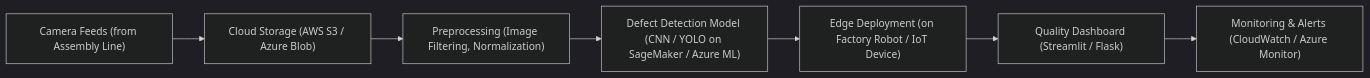
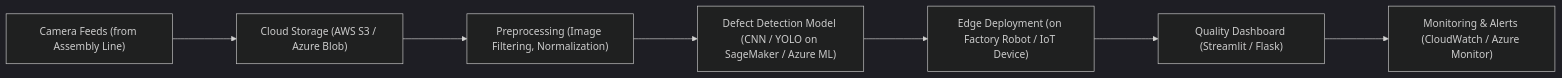
The diagram in Task_4_Assembly_Line_Quality_Control/architecture.mermaid (Aswanthlal/AI_Solution_Designs), drawn with Mermaid (dark theme) before and after one commit.

```diff
--- a/Task_4_Assembly_Line_Quality_Control/architecture.mermaid
+++ b/Task_4_Assembly_Line_Quality_Control/architecture.mermaid
@@ -1,7 +1,7 @@
 graph LR
-    A["Camera Feeds (from Assembly Line)"] --> B["Cloud Storage (AWS S3 / Azure Blob)"]
-    B --> C["Preprocessing (Image Filtering, Normalization)"]
-    C --> D["Defect Detection Model (CNN / YOLO on SageMaker / Azure ML)"]
-    D --> E["Edge Deployment (on Factory Robot / IoT Device)"]
-    E --> F["Quality Dashboard (Streamlit / Flask)"]
-    F --> G["Monitoring & Alerts (CloudWatch / Azure Monitor)"]
+    A["Camera Feeds (from Assembly Line)"] ---> B["Cloud Storage (AWS S3 / Azure Blob)"]
+    B ---> C["Preprocessing (Image Filtering, Normalization)"]
+    C ---> D["Defect Detection Model (CNN / YOLO on SageMaker / Azure ML)"]
+    D ---> E["Edge Deployment (on Factory Robot / IoT Device)"]
+    E ---> F["Quality Dashboard (Streamlit / Flask)"]
+    F ---> G["Monitoring & Alerts (CloudWatch / Azure Monitor)"]
```
